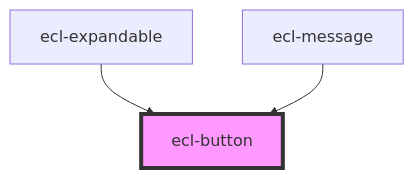
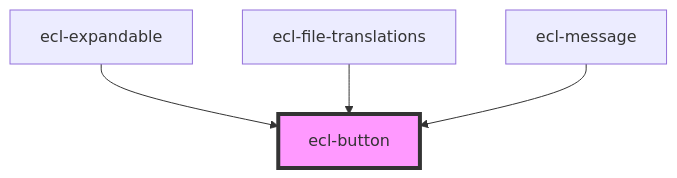
Before and after one commit to ec-europa/ecl-webcomponents: the diagram in src/components/ecl-button/readme.md, drawn with Mermaid. The commit also changed other lines of this file and 25 other files, not shown here.

````diff
--- a/src/components/ecl-button/readme.md
+++ b/src/components/ecl-button/readme.md
@@ -23,6 +24,7 @@
 ```mermaid
 graph TD;
   ecl-expandable --> ecl-button
+  ecl-file-translations --> ecl-button
   ecl-message --> ecl-button
   style ecl-button fill:#f9f,stroke:#333,stroke-width:4px
 ```
````
